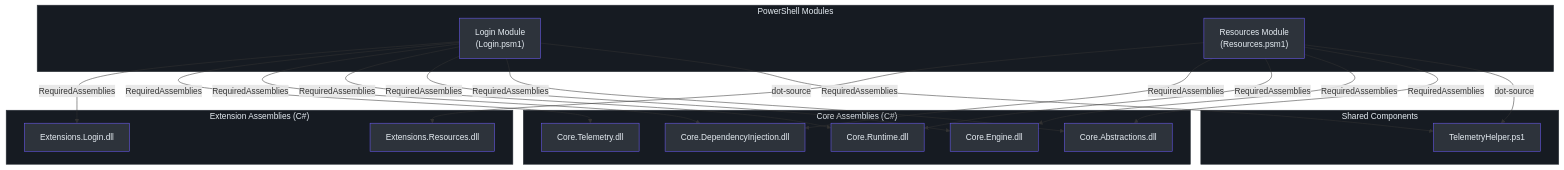
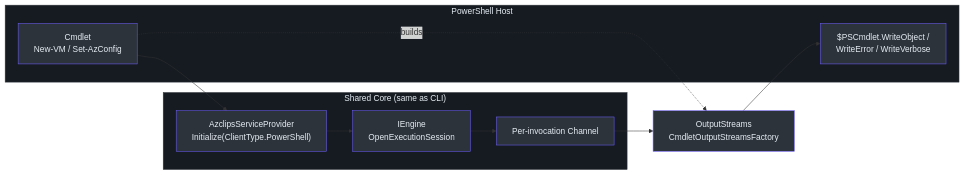
Before and after one commit to Azure/azclips: the second of 2 diagrams in wiki/01-getting-started/powershell-usage.md, drawn with Mermaid. The commit also changed other lines of this file and 19 other files, not shown here.

````diff
--- a/wiki/01-getting-started/powershell-usage.md
+++ b/wiki/01-getting-started/powershell-usage.md
@@ -321,53 +94,25 @@
 ```mermaid
-graph TB
-    subgraph PSModules["PowerShell Modules"]
-        style PSModules fill:#161b22,stroke:#30363d,color:#e6edf3
-        LoginMod["Login Module<br>(Login.psm1)"]
-        ResMod["Resources Module<br>(Resources.psm1)"]
+graph LR
+    subgraph psh["PowerShell Host"]
+        CMD["Cmdlet<br>New-VM / Set-AzConfig"]
+        WO["$PSCmdlet.WriteObject /<br>WriteError / WriteVerbose"]
     end
+    subgraph shared["Shared Core (same as CLI)"]
+        DI["AzclipsServiceProvider<br>Initialize(ClientType.PowerShell)"]
+        ENG["IEngine<br>OpenExecutionSession"]
+        CH["Per-invocation Channel"]
+    end
+    OS["OutputStreams<br>CmdletOutputStreamsFactory"]
 
-    subgraph Shared["Shared Components"]
-        style Shared fill:#161b22,stroke:#30363d,color:#e6edf3
-        TelHelper["TelemetryHelper.ps1"]
-    end
+    CMD --> DI --> ENG --> CH --> OS --> WO
+    CMD -. builds .-> OS
 
-    subgraph CoreDLLs["Core Assemblies (C#)"]
-        style CoreDLLs fill:#161b22,stroke:#30363d,color:#e6edf3
-        Abstractions["Core.Abstractions.dll"]
-        EngDLL["Core.Engine.dll"]
-        RuntimeDLL["Core.Runtime.dll"]
-        DIDLL["Core.DependencyInjection.dll"]
-        TelDLL["Core.Telemetry.dll"]
-    end
-
-    subgraph ExtDLLs["Extension Assemblies (C#)"]
-        style ExtDLLs fill:#161b22,stroke:#30363d,color:#e6edf3
-        LoginDLL["Extensions.Login.dll"]
-        ResDLL["Extensions.Resources.dll"]
-    end
-
-    LoginMod -->|dot-source| TelHelper
-    ResMod -->|dot-source| TelHelper
-    LoginMod -->|RequiredAssemblies| Abstractions
-    LoginMod -->|RequiredAssemblies| EngDLL
-    LoginMod -->|RequiredAssemblies| RuntimeDLL
-    LoginMod -->|RequiredAssemblies| DIDLL
-    LoginMod -->|RequiredAssemblies| TelDLL
-    LoginMod -->|RequiredAssemblies| LoginDLL
-    ResMod -->|RequiredAssemblies| Abstractions
-    ResMod -->|RequiredAssemblies| EngDLL
-    ResMod -->|RequiredAssemblies| RuntimeDLL
-    ResMod -->|RequiredAssemblies| DIDLL
-    ResMod -->|RequiredAssemblies| ResDLL
-
-    style LoginMod fill:#2d333b,stroke:#6d5dfc,color:#e6edf3
-    style ResMod fill:#2d333b,stroke:#6d5dfc,color:#e6edf3
-    style TelHelper fill:#2d333b,stroke:#6d5dfc,color:#e6edf3
-    style Abstractions fill:#2d333b,stroke:#6d5dfc,color:#e6edf3
-    style EngDLL fill:#2d333b,stroke:#6d5dfc,color:#e6edf3
-    style RuntimeDLL fill:#2d333b,stroke:#6d5dfc,color:#e6edf3
-    style DIDLL fill:#2d333b,stroke:#6d5dfc,color:#e6edf3
-    style TelDLL fill:#2d333b,stroke:#6d5dfc,color:#e6edf3
-    style LoginDLL fill:#2d333b,stroke:#6d5dfc,color:#e6edf3
-    style ResDLL fill:#2d333b,stroke:#6d5dfc,color:#e6edf3
+    style CMD fill:#2d333b,stroke:#6d5dfc,color:#e6edf3
+    style WO fill:#2d333b,stroke:#6d5dfc,color:#e6edf3
+    style DI fill:#2d333b,stroke:#6d5dfc,color:#e6edf3
+    style ENG fill:#2d333b,stroke:#6d5dfc,color:#e6edf3
+    style CH fill:#2d333b,stroke:#6d5dfc,color:#e6edf3
+    style OS fill:#2d333b,stroke:#6d5dfc,color:#e6edf3
+    style psh fill:#161b22,stroke:#30363d,color:#e6edf3
+    style shared fill:#161b22,stroke:#30363d,color:#e6edf3
 ```
````
